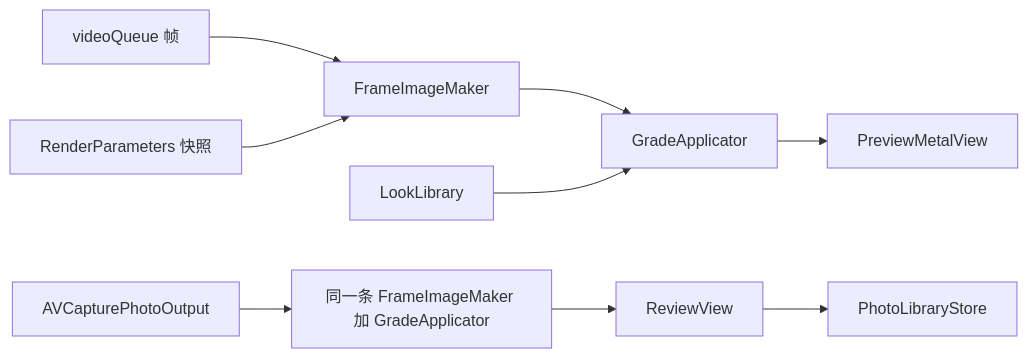
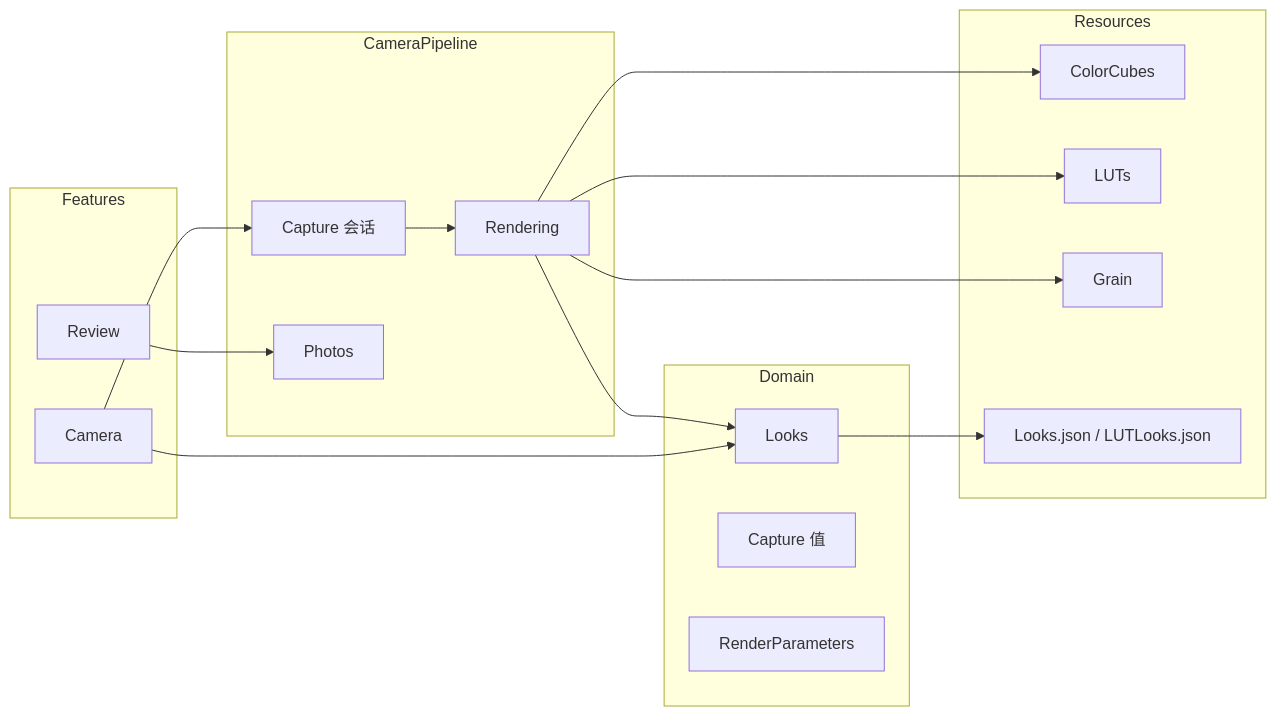
The second of 6 diagrams in design/architecture.md (zhe-ma/angie-filter), drawn with Mermaid before and after one commit. The commit also changed other lines of this file and 40 other files, not shown here.

Commit message:
让 LUT 图作为独立渲染方案和配方立方体并存，并写明怎么再加一种方案。

````diff
--- a/design/architecture.md
+++ b/design/architecture.md
@@ -98,11 +31,32 @@
 ```mermaid
 flowchart LR
-  video[videoQueue 帧] --> maker[FrameImageMaker]
-  params[RenderParameters 快照] --> maker
-  maker --> grade[GradeApplicator]
-  looks[LookLibrary] --> grade
-  grade --> metal[PreviewMetalView]
-  shutter[AVCapturePhotoOutput] --> still[同一条 FrameImageMaker 加 GradeApplicator]
-  still --> review[ReviewView]
-  review --> save[PhotoLibraryStore]
+  subgraph domain [Domain]
+    looks[Looks]
+    captureValues[Capture 值]
+    params[RenderParameters]
+  end
+  subgraph pipeline [CameraPipeline]
+    session[Capture 会话]
+    render[Rendering]
+    photos[Photos]
+  end
+  subgraph ui [Features]
+    camera[Camera]
+    review[Review]
+  end
+  subgraph resources [Resources]
+    cubes[ColorCubes]
+    luts[LUTs]
+    grain[Grain]
+    json[Looks.json / LUTLooks.json]
+  end
+  camera --> session
+  camera --> looks
+  session --> render
+  render --> looks
+  render --> cubes
+  render --> luts
+  render --> grain
+  looks --> json
+  review --> photos
 ```
````
